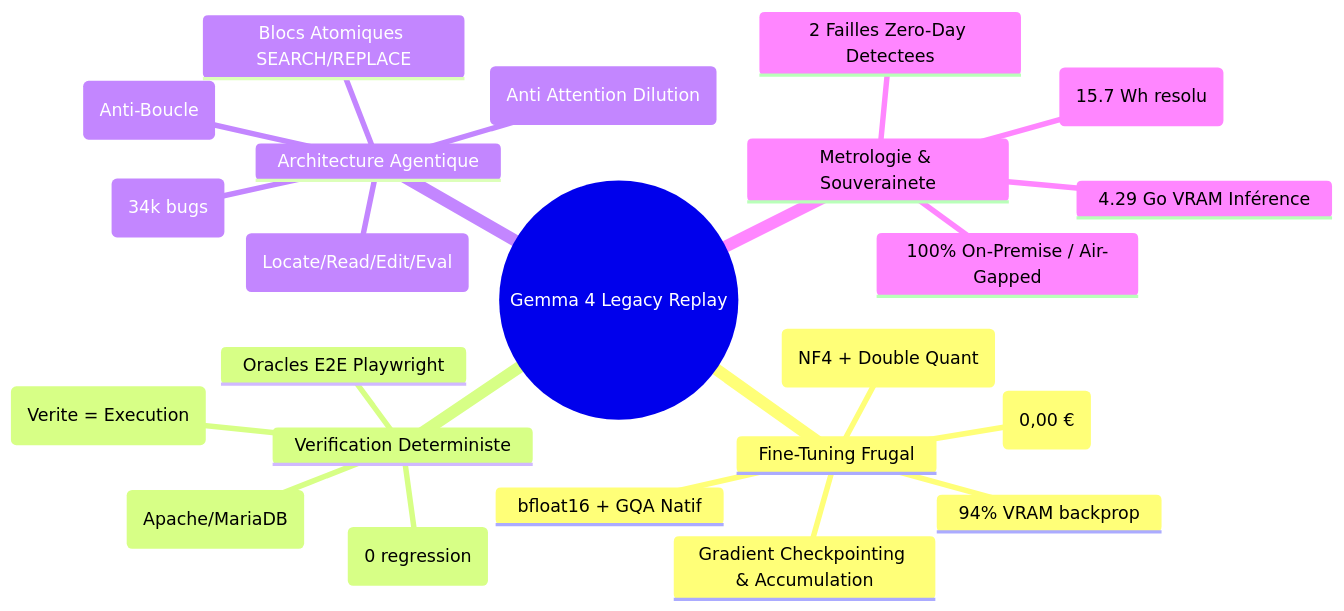
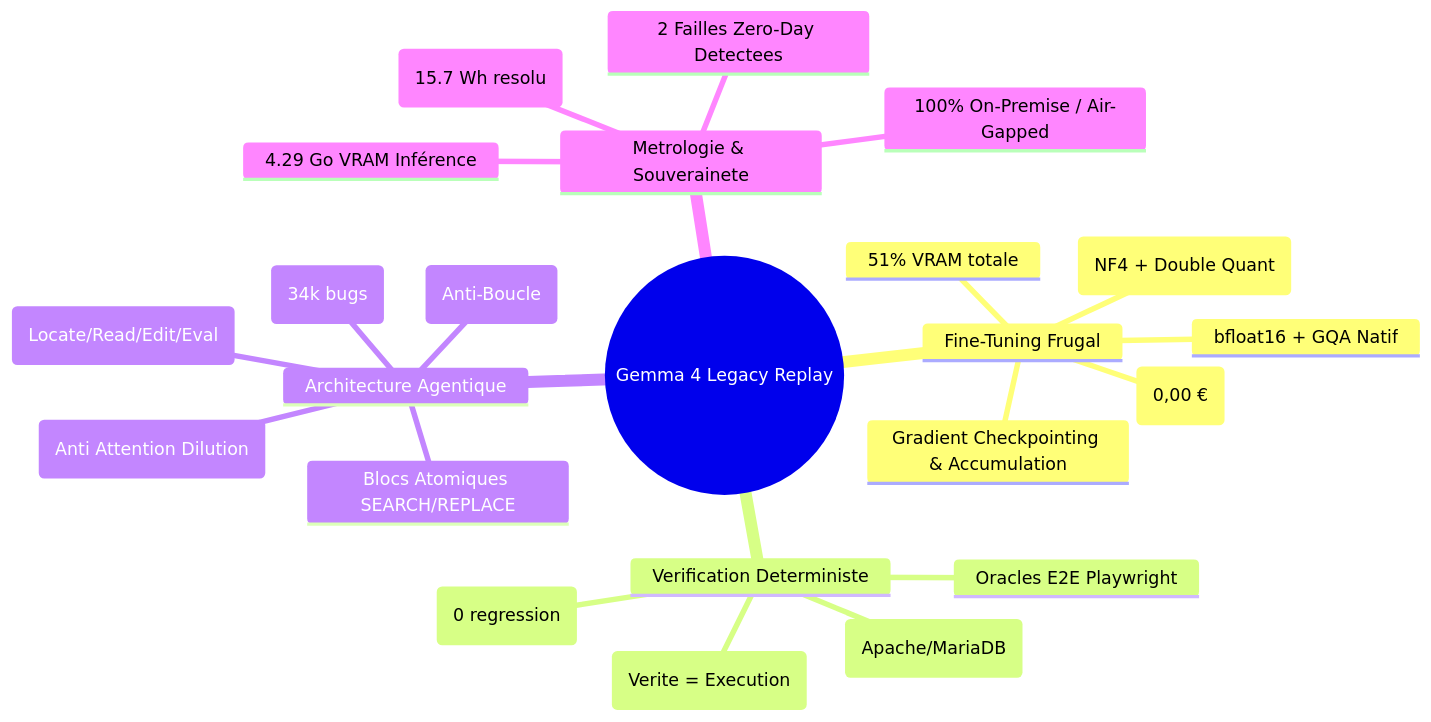
The eighth of 8 diagrams in docs/GLOSSAIRE_LLM_ET_FINETUNING.md (ba-rem26007/gemma4-legacy-replay), drawn with Mermaid before and after one commit. The commit also changed other lines of this file and 9 other files, not shown here.

````diff
--- a/docs/GLOSSAIRE_LLM_ET_FINETUNING.md
+++ b/docs/GLOSSAIRE_LLM_ET_FINETUNING.md
@@ -255,26 +255,26 @@
 ```mermaid
 mindmap
   root((Gemma 4 Legacy Replay))
     Fine-Tuning Frugal
       PEFT / QLoRA 4-bit (NF4 + Double Quant)
-      ChunkedLossTrainer (-94% VRAM backprop)
+      ChunkedLossTrainer (-51% VRAM totale)
       Gradient Checkpointing & Accumulation
       bfloat16 + GQA Natif
       FFT & Cloud API Rejetes (0,00 €)
     Verification Deterministe
       Bacs a sable Docker (Apache/MariaDB)
       Oracles E2E Playwright
       Sondes Smoke Anti-Regression (0 regression)
       RLHF Humain Rejete (Verite = Execution)
     Architecture Agentique
       Deroule Fixe 4 Tours (Locate/Read/Edit/Eval)
       Fenetrage TF-IDF (Anti Attention Dilution)
       Blocs Atomiques SEARCH/REPLACE
       RAG Jurisprudence BM25 (34k bugs)
       ReAct Non-Borne Rejete (Anti-Boucle)
     Metrologie & Souverainete
       1.91 Wh par bug tente (15.7 Wh resolu)
       4.29 Go VRAM Inférence
       100% On-Premise / Air-Gapped
       2 Failles Zero-Day Detectees
 ```
````
